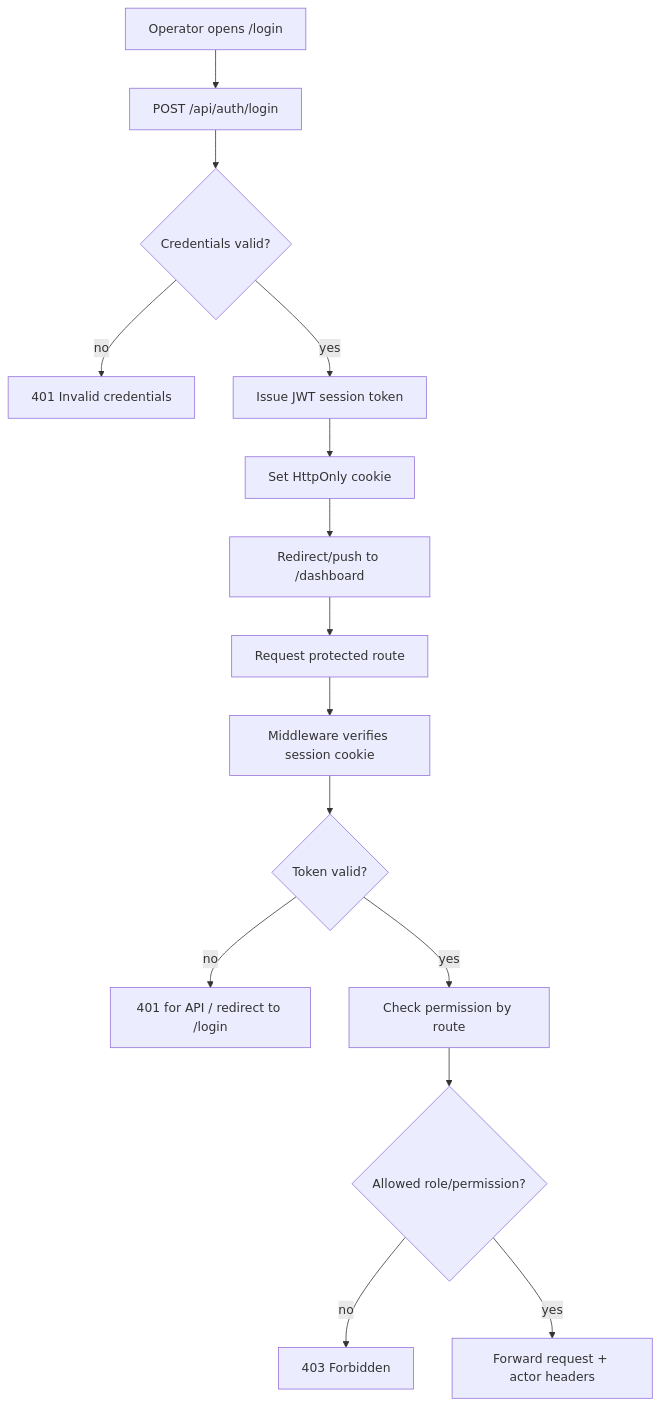
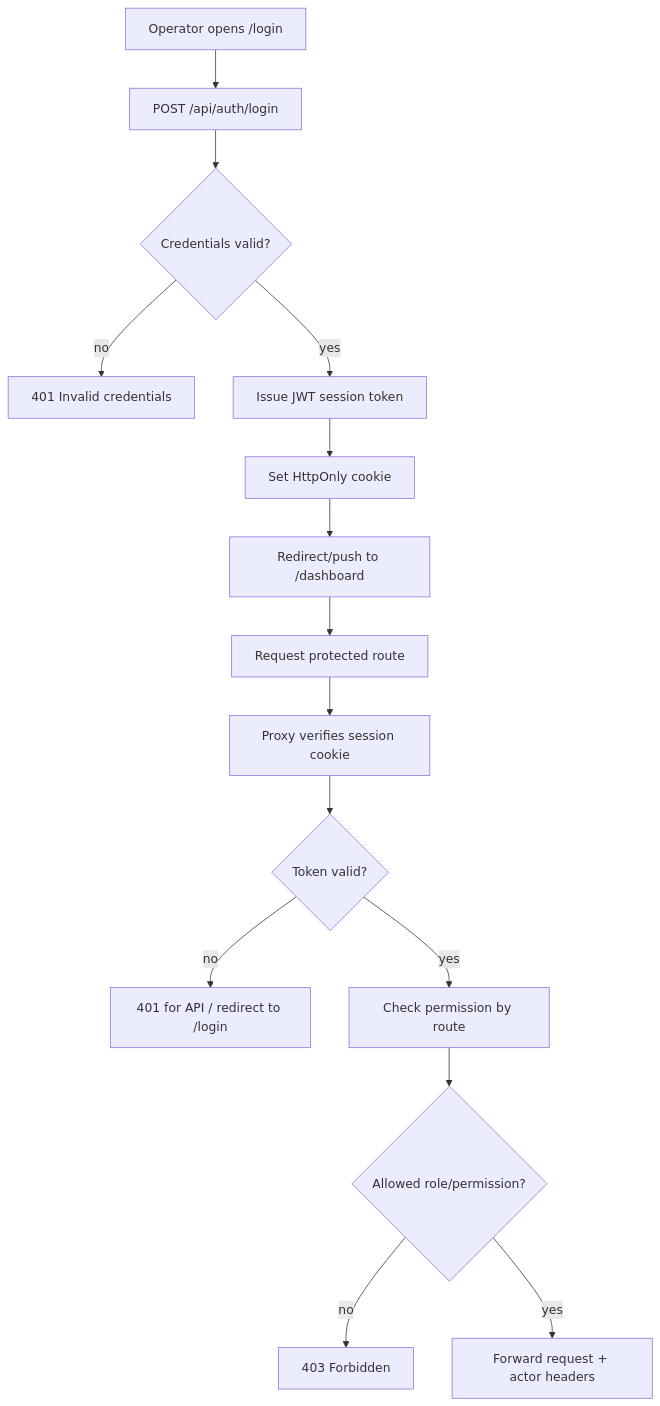
One commit to GeorgianaAI/vanguard-agent changed the second of 3 diagrams in docs/ARCHITECTURE_FLOWS.md. Above: the diagram before and after it, drawn with Mermaid. The commit also changed other lines of this file and 10 other files, not shown here.

````diff
--- a/docs/ARCHITECTURE_FLOWS.md
+++ b/docs/ARCHITECTURE_FLOWS.md
@@ -102,18 +102,18 @@
 ```mermaid
 flowchart TD
 A[Operator opens /login] --> B[POST /api/auth/login]
 B --> C{Credentials valid?}
 C -- no --> D[401 Invalid credentials]
 C -- yes --> E[Issue JWT session token]
 E --> F[Set HttpOnly cookie]
 F --> G[Redirect/push to /dashboard]
 
 G --> H[Request protected route]
-H --> I[Middleware verifies session cookie]
+H --> I[Proxy verifies session cookie]
 I --> J{Token valid?}
 J -- no --> K[401 for API / redirect to /login]
 J -- yes --> L[Check permission by route]
 L --> M{Allowed role/permission?}
 M -- no --> N[403 Forbidden]
 M -- yes --> O[Forward request + actor headers]
 ```
````
